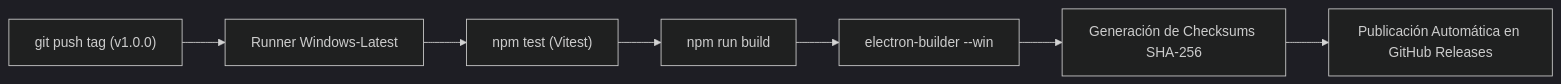
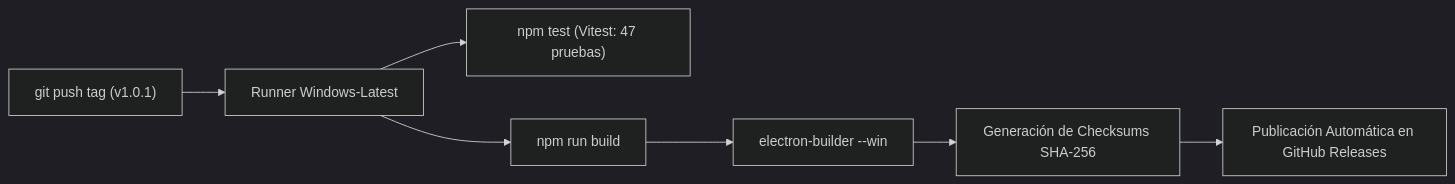
One commit to David496/ReinstallHub changed the diagram in README.md. Above: the diagram before and after it, drawn with Mermaid (dark theme). The commit also changed other lines of this file and 2 other files, not shown here.

````diff
--- a/README.md
+++ b/README.md
@@ -176,9 +176,9 @@
 ```mermaid
 flowchart LR
-    A["git push tag (v1.0.0)"] --> B["Runner Windows-Latest"]
-    B --> C["npm test (Vitest)"]
-    C --> D["npm run build"]
+    A["git push tag (v1.0.1)"] --> B["Runner Windows-Latest"]
+    B --> C["npm test (Vitest: 47 pruebas)"]
+    B --> D["npm run build"]
     D --> E["electron-builder --win"]
     E --> F["Generación de Checksums SHA-256"]
     F --> G["Publicación Automática en GitHub Releases"]
 ```
````
